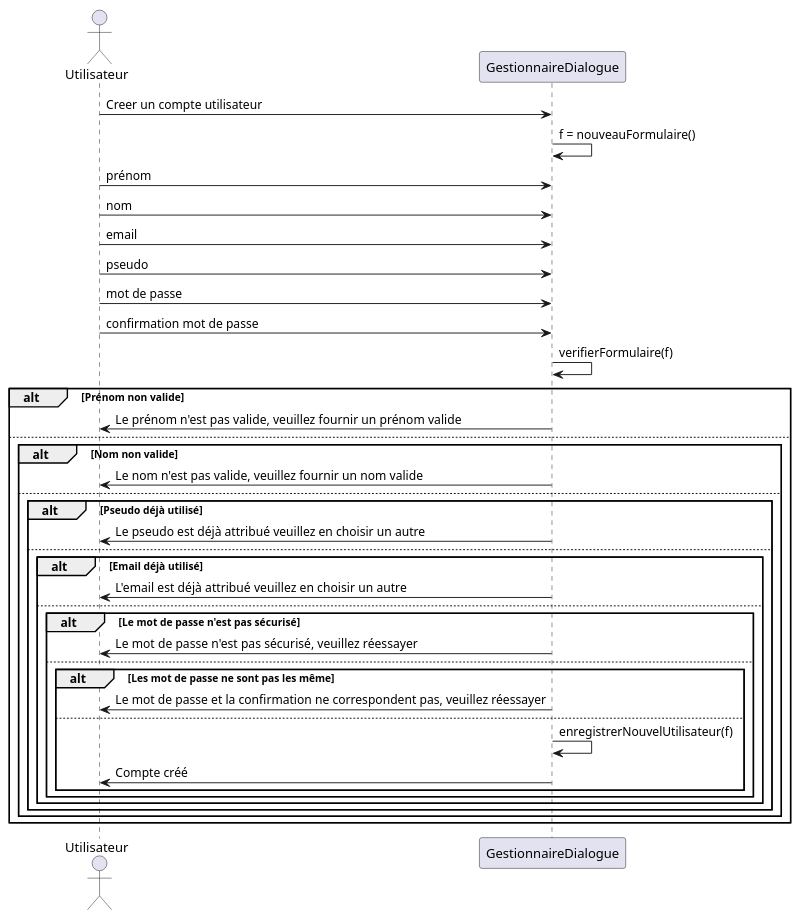
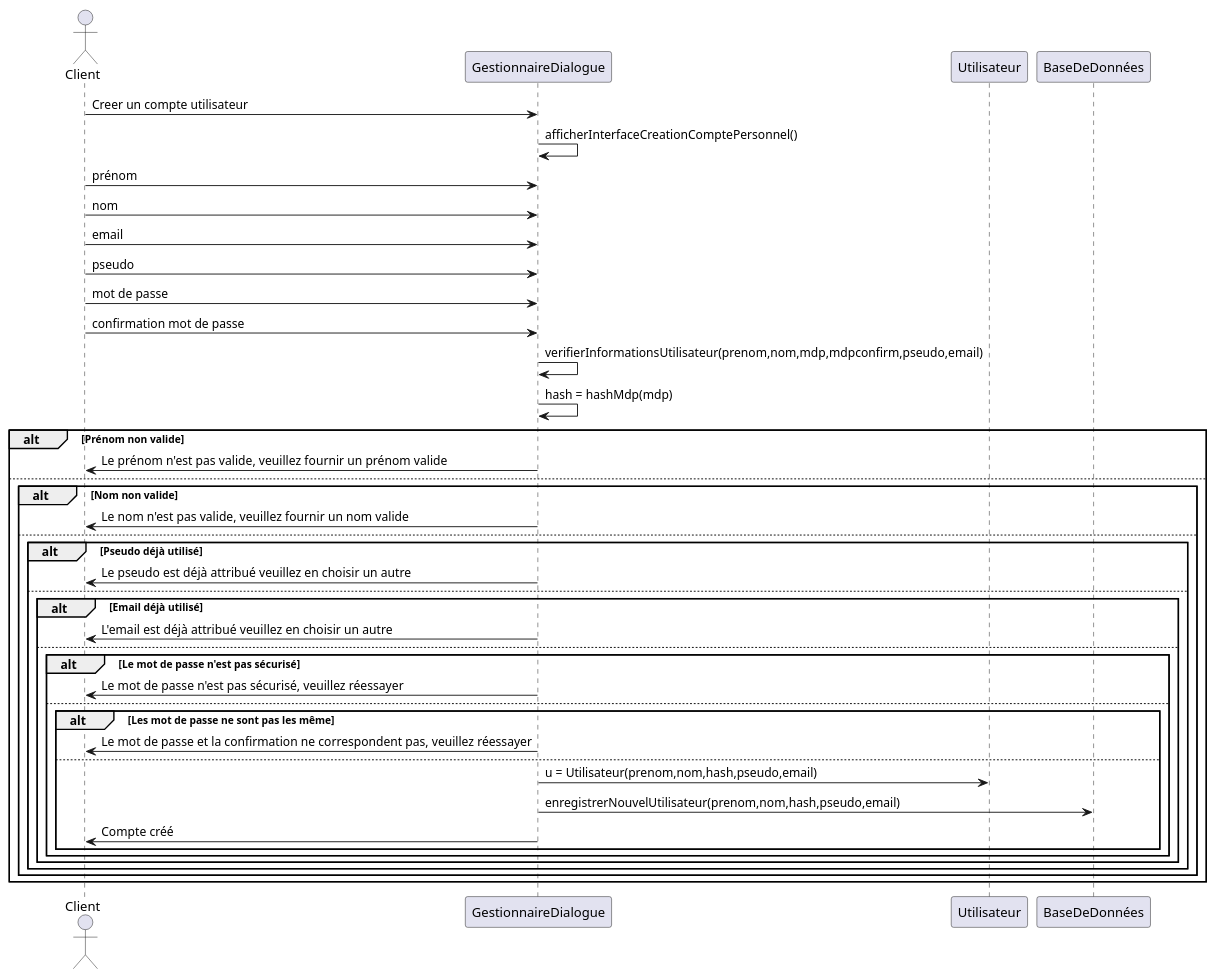
Before and after one commit to lmtb06/sharecount: the diagram in diagrammes/conception/creer-compte-utilisateur.puml, drawn with PlantUML. The commit also changed 1 other file, not shown here.

Commit message:
Modifier les cas d'utilisations modifier-infos-personnelles-utilisateur et creer-compte-utilisateur

```diff
--- a/diagrammes/conception/creer-compte-utilisateur.puml
+++ b/diagrammes/conception/creer-compte-utilisateur.puml
@@ -1,40 +1,44 @@
 @startuml
-actor "Utilisateur" as user
+actor "Client" as user
 participant GestionnaireDialogue as sc
+participant Utilisateur as u
+participant BaseDeDonnées as bdd
 
 user 	-> 	sc : Creer un compte utilisateur
-sc 	-> 	sc : f = nouveauFormulaire()
+sc 	-> 	sc : afficherInterfaceCreationComptePersonnel()
 user 	-> 	sc : prénom
 user 	-> 	sc : nom
 user 	-> 	sc : email
 user 	-> 	sc : pseudo
 user 	-> 	sc : mot de passe
 user 	-> 	sc : confirmation mot de passe
-sc 	-> 	sc : verifierFormulaire(f)
+sc 	-> 	sc : verifierInformationsUtilisateur(prenom,nom,mdp,mdpconfirm,pseudo,email)
+sc 	-> 	sc : hash = hashMdp(mdp)
 alt Prénom non valide
 user 	<- 	sc : Le prénom n'est pas valide, veuillez fournir un prénom valide
 else
 alt Nom non valide
 user 	<- 	sc : Le nom n'est pas valide, veuillez fournir un nom valide
 else
 alt Pseudo déjà utilisé
 user 	<- 	sc : Le pseudo est déjà attribué veuillez en choisir un autre
 else
 alt Email déjà utilisé
 user 	<- 	sc : L'email est déjà attribué veuillez en choisir un autre
 else
 alt Le mot de passe n'est pas sécurisé
 user 	<- 	sc : Le mot de passe n'est pas sécurisé, veuillez réessayer
 else
 alt Les mot de passe ne sont pas les même
 user 	<- 	sc : Le mot de passe et la confirmation ne correspondent pas, veuillez réessayer
 else
-sc 	-> 	sc : enregistrerNouvelUtilisateur(f)
+sc 	-> 	u : u = Utilisateur(prenom,nom,hash,pseudo,email)
+sc 	-> 	bdd : enregistrerNouvelUtilisateur(prenom,nom,hash,pseudo,email)
 user 	<- 	sc : Compte créé
 end
 end
 end
 end
 end
 end
 @enduml
```
